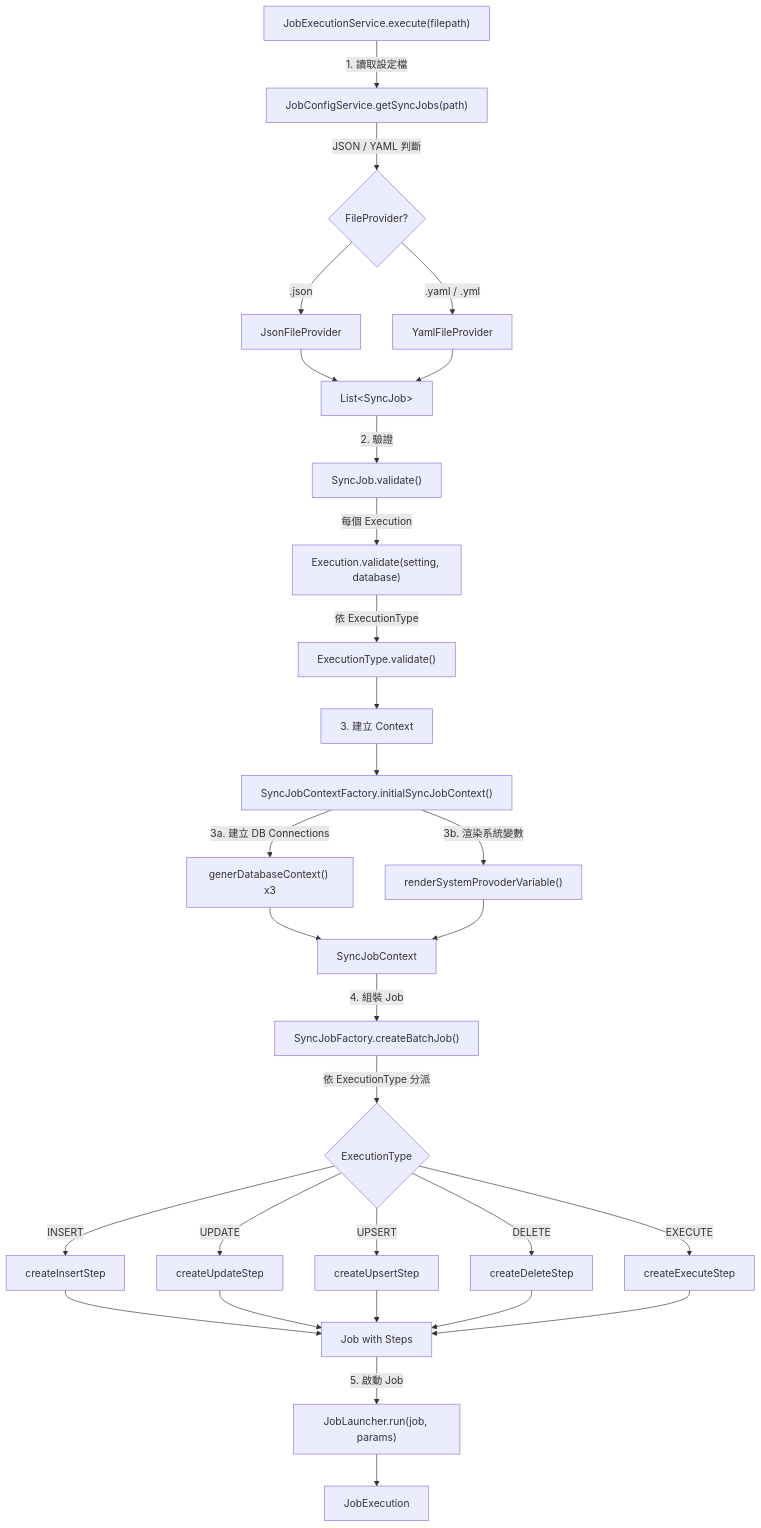
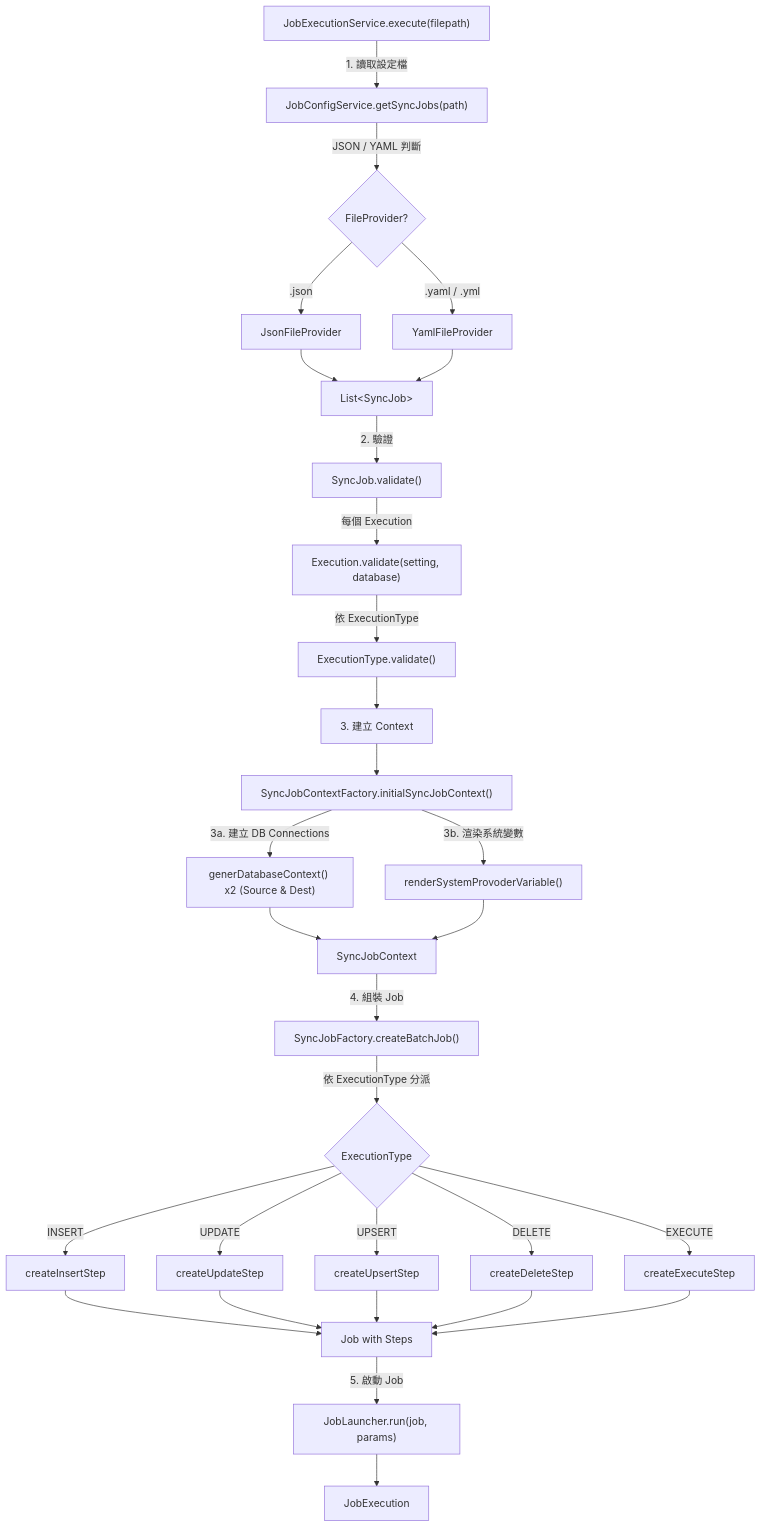
One commit to tibame201020/IrisPipe changed the first of 6 diagrams in backend/docs/architecture/core-flow.md. Above: the diagram before and after it, drawn with Mermaid. The commit also changed 4 other files, not shown here.

Commit message:
feat: Add architectural documentation, implement Flyway migrations for centralized watermark storage, introduce K6 E2E tests, and apply various bug fixes and refactorings.

````diff
--- a/backend/docs/architecture/core-flow.md
+++ b/backend/docs/architecture/core-flow.md
@@ -5,32 +5,32 @@
 ```mermaid
 graph TD
     A["JobExecutionService.execute(filepath)"] -->|"1. 讀取設定檔"| B["JobConfigService.getSyncJobs(path)"]
     B -->|"JSON / YAML 判斷"| C{"FileProvider?"}
     C -->|".json"| D[JsonFileProvider]
     C -->|".yaml / .yml"| E[YamlFileProvider]
     D --> F["List&lt;SyncJob&gt;"]
     E --> F
     F -->|"2. 驗證"| G["SyncJob.validate()"]
     G -->|"每個 Execution"| H["Execution.validate(setting, database)"]
     H -->|"依 ExecutionType"| I["ExecutionType.validate()"]
     I --> J["3. 建立 Context"]
     J --> K["SyncJobContextFactory.initialSyncJobContext()"]
-    K -->|"3a. 建立 DB Connections"| L["generDatabaseContext() x3"]
+    K -->|"3a. 建立 DB Connections"| L["generDatabaseContext() x2 (Source & Dest)"]
     K -->|"3b. 渲染系統變數"| M["renderSystemProvoderVariable()"]
     L --> N[SyncJobContext]
     M --> N
     N -->|"4. 組裝 Job"| O["SyncJobFactory.createBatchJob()"]
     O -->|"依 ExecutionType 分派"| P{ExecutionType}
     P -->|INSERT| Q[createInsertStep]
     P -->|UPDATE| R[createUpdateStep]
     P -->|UPSERT| S[createUpsertStep]
     P -->|DELETE| T[createDeleteStep]
     P -->|EXECUTE| U[createExecuteStep]
     Q --> V[Job with Steps]
     R --> V
     S --> V
     T --> V
     U --> V
     V -->|"5. 啟動 Job"| W["JobLauncher.run(job, params)"]
     W --> X[JobExecution]
 ```
````
